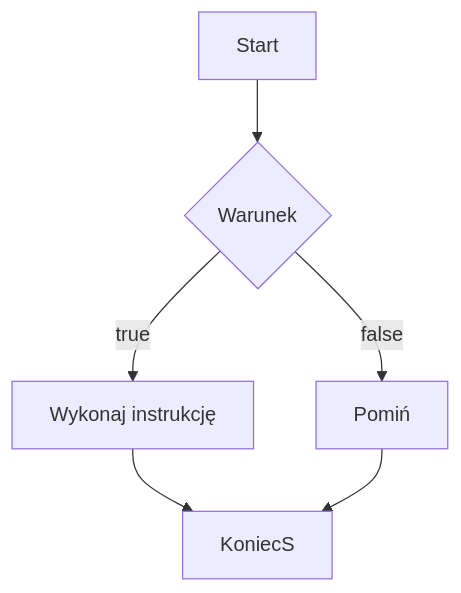
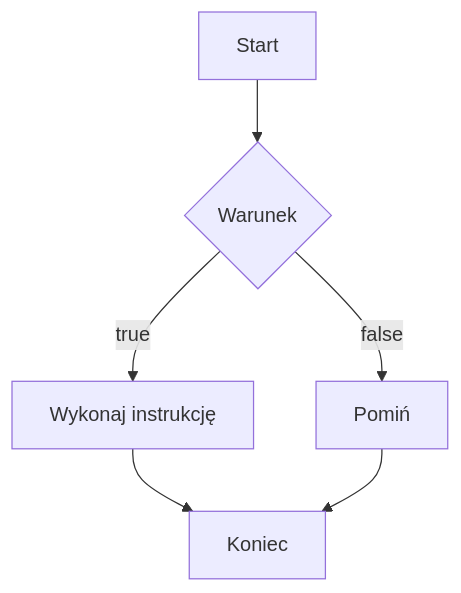
The first of 2 diagrams in docs/index.md (mariuszsmolka-stack/csharp-basics-2026), drawn with Mermaid before and after one commit. The commit also changed other lines of this file, not shown here.

Commit message:
Remove Mermaid test from home page

````diff
--- a/docs/index.md
+++ b/docs/index.md
@@ -78,8 +78,8 @@
 ```mermaid
 flowchart TD
     A[Start] --> B{Warunek}
     B -- true --> C[Wykonaj instrukcję]
     B -- false --> D[Pomiń]
-    C --> E[KoniecS]
+    C --> E[Koniec]
     D --> E
 ```
````
